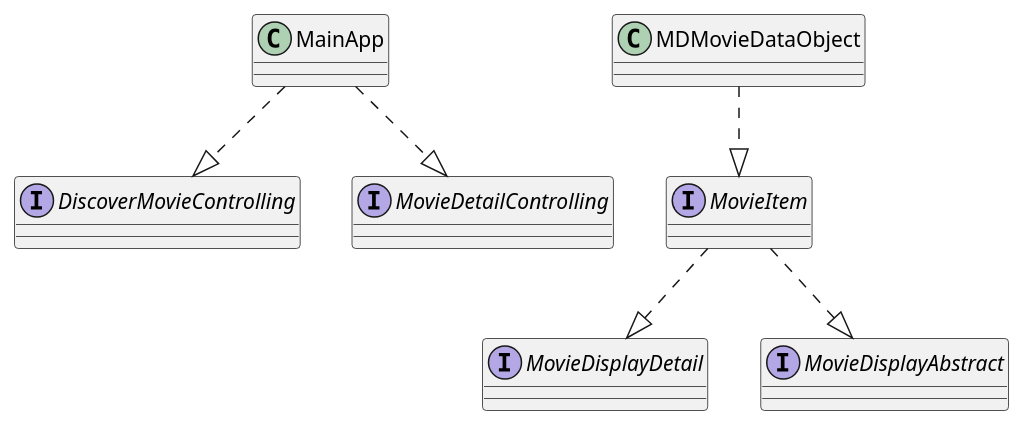
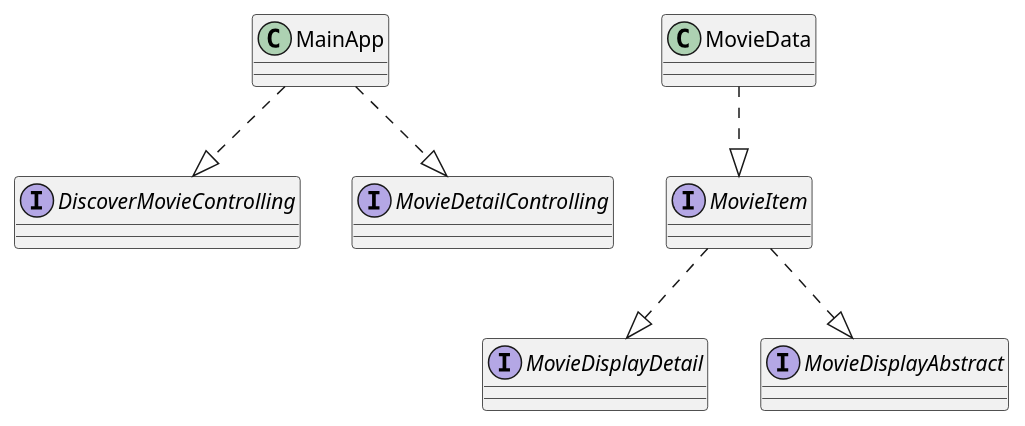
The third of 4 diagrams in README.md (willsbor/CinemaForYou), drawn with PlantUML before and after one commit. The commit also changed other lines of this file and 17 other files, not shown here.

````diff
--- a/README.md
+++ b/README.md
@@ -147,17 +147,17 @@
 ```puml
 skinparam classAttributeIconSize 0
 
 interface DiscoverMovieControlling
 interface MovieDetailControlling
 interface MovieItem
 interface MovieDisplayDetail
 interface MovieDisplayAbstract
 
 MainApp ..|> DiscoverMovieControlling
 MainApp ..|> MovieDetailControlling
 
 MovieItem ..|> MovieDisplayDetail
 MovieItem ..|> MovieDisplayAbstract
-MDMovieDataObject ..|> MovieItem
+MovieData ..|> MovieItem
 
 ```
````
